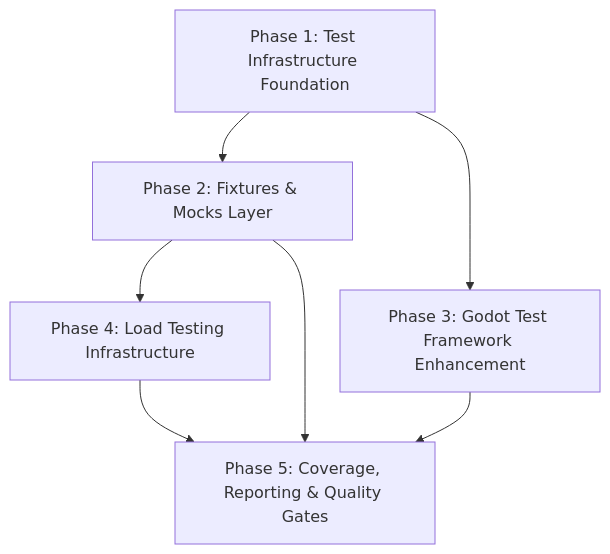
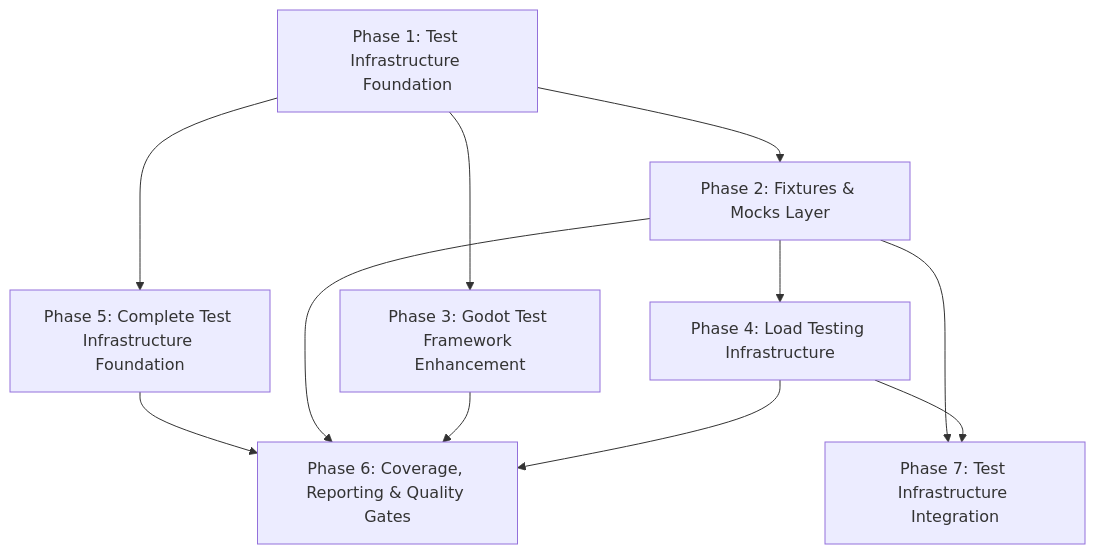
Before and after one commit to anchapin/armored-archer: the diagram in .planning/ROADMAP.md, drawn with Mermaid. The commit also changed other lines of this file and 1 other file, not shown here.

First line of the commit message:
docs(roadmap): add gap closure phases 05-07 for milestone v2.3.0

````diff
--- a/.planning/ROADMAP.md
+++ b/.planning/ROADMAP.md
@@ -283,9 +328,13 @@
 ```mermaid
 graph TD
     A[Phase 1: Test Infrastructure Foundation] --> B[Phase 2: Fixtures & Mocks Layer]
     A --> C[Phase 3: Godot Test Framework Enhancement]
     B --> D[Phase 4: Load Testing Infrastructure]
-    B --> E[Phase 5: Coverage, Reporting & Quality Gates]
-    C --> E
-    D --> E
+    A --> E[Phase 5: Complete Test Infrastructure Foundation]
+    E --> F[Phase 6: Coverage, Reporting & Quality Gates]
+    B --> F
+    C --> F
+    D --> F
+    B --> G[Phase 7: Test Infrastructure Integration]
+    D --> G
 ```
````
